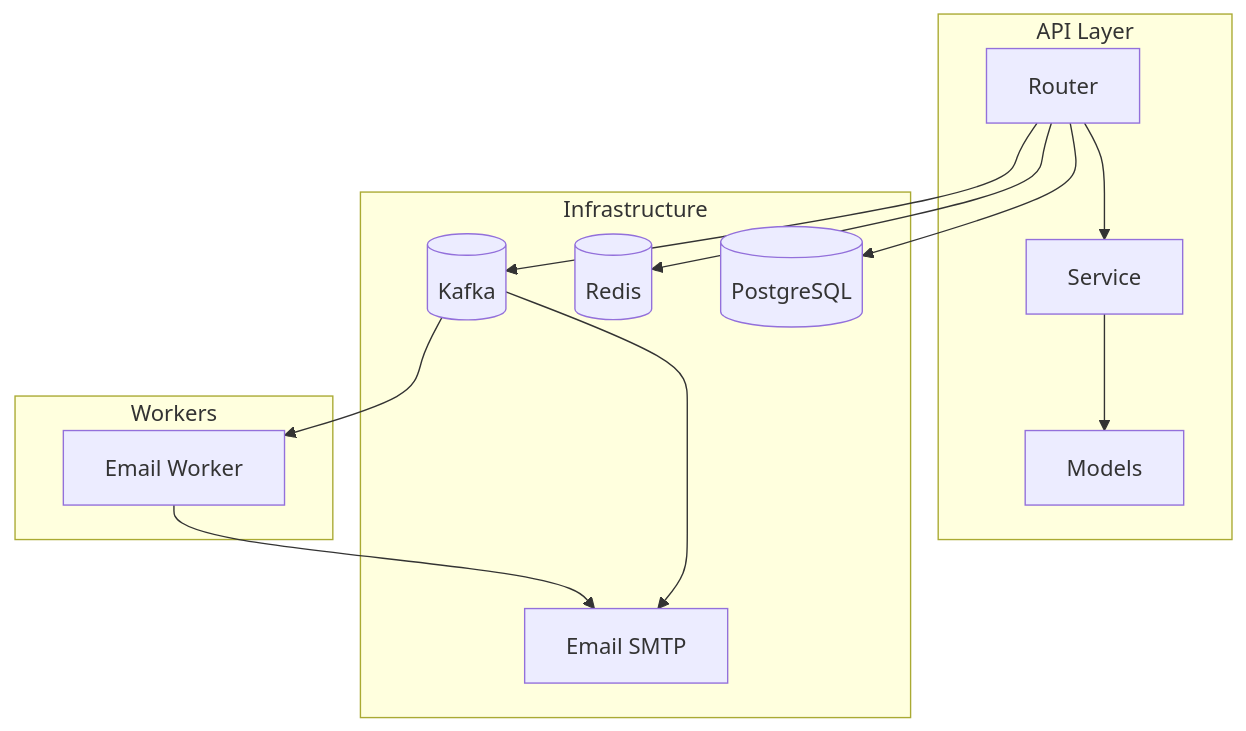
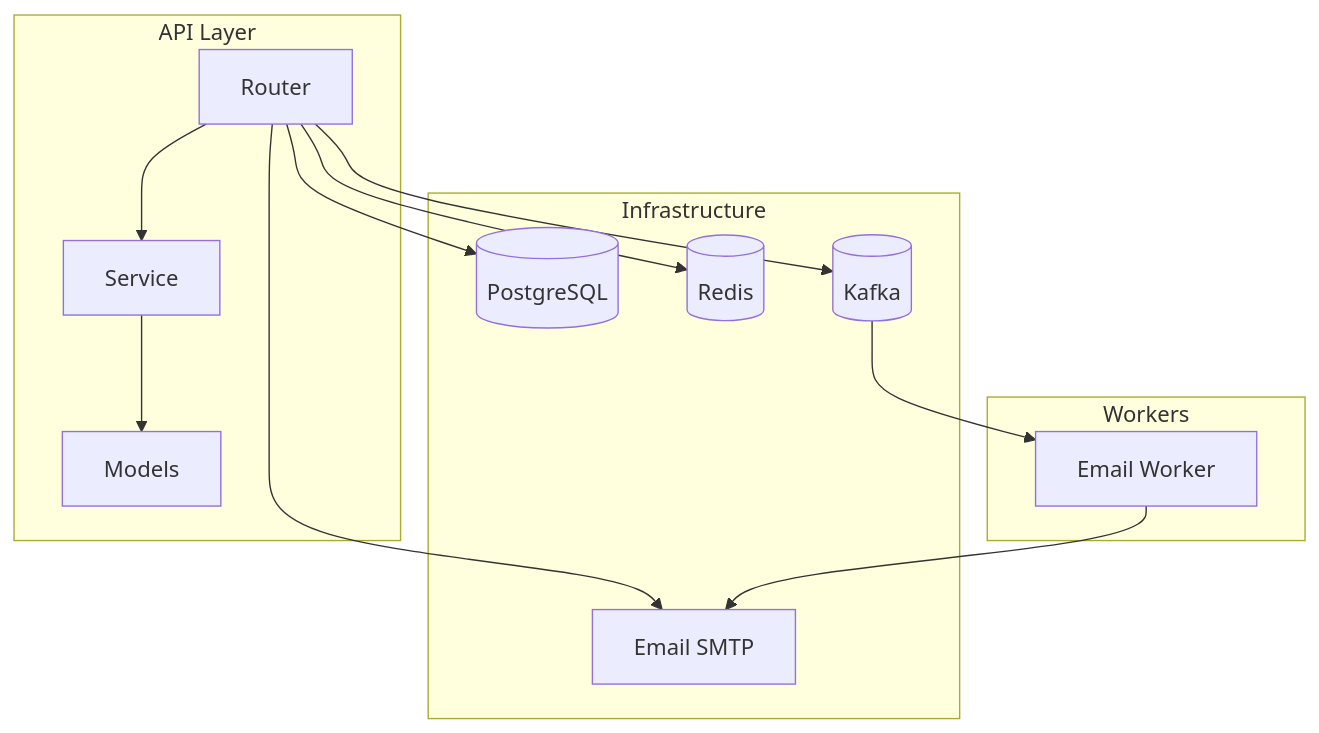
One commit to DoonyFreeman/Booking_API_Service changed the first of 2 diagrams in README.md. Above: the diagram before and after it, drawn with Mermaid. The commit also changed other lines of this file and 7 other files, not shown here.

````diff
--- a/README.md
+++ b/README.md
@@ -74,26 +91,26 @@
 ```mermaid
 graph TB
     subgraph API Layer
         R[Router] --> S[Service]
         S --> M[Models]
     end
 
     subgraph Infrastructure
         DB[(PostgreSQL)]
         Redis[(Redis)]
         Kafka[(Kafka)]
         SMTP[Email SMTP]
     end
 
     R --> DB
     R --> Redis
     R --> Kafka
-    Kafka --> SMTP
+    R --> SMTP
 
     subgraph Workers
         W[Email Worker]
     end
 
     Kafka --> W
     W --> SMTP
 ```
````
